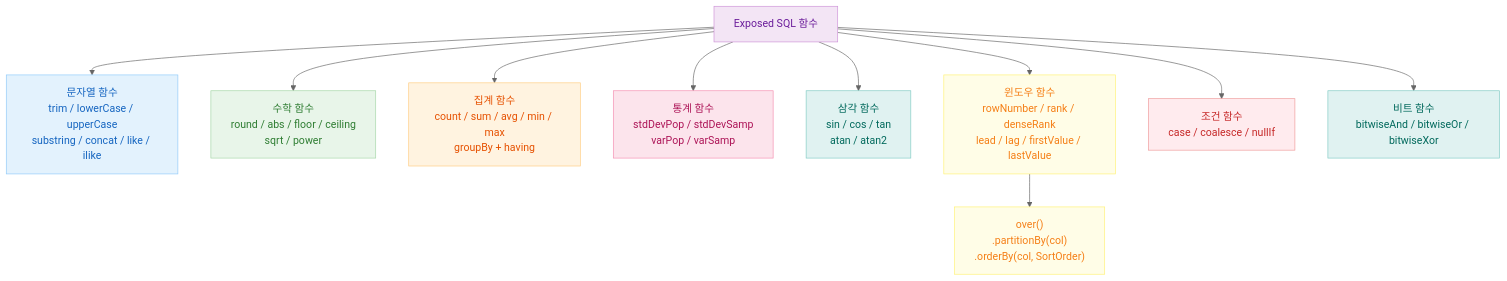
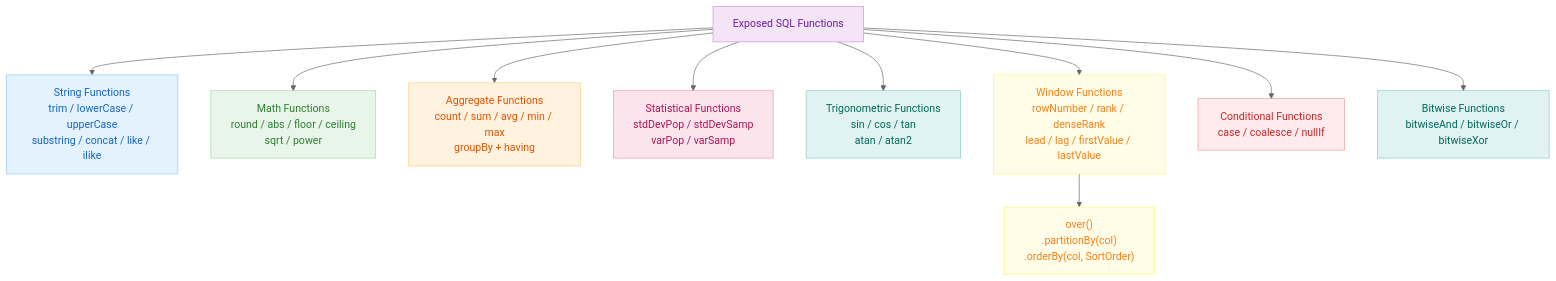
The first of 2 diagrams in 05-exposed-dml/03-functions/README.md (bluetape4k/exposed-workshop), drawn with Mermaid (neutral theme) before and after one commit. The commit also changed other lines of this file and 115 other files, not shown here.

````diff
--- a/05-exposed-dml/03-functions/README.md
+++ b/05-exposed-dml/03-functions/README.md
@@ -18,33 +20,33 @@
 ```mermaid
 flowchart TD
-    F["Exposed SQL 함수"] --> STR["문자열 함수\ntrim / lowerCase / upperCase\nsubstring / concat / like / ilike"]
-    F --> MATH["수학 함수\nround / abs / floor / ceiling\nsqrt / power"]
-    F --> AGG["집계 함수\ncount / sum / avg / min / max\ngroupBy + having"]
-    F --> STAT["통계 함수\nstdDevPop / stdDevSamp\nvarPop / varSamp"]
-    F --> TRIG["삼각 함수\nsin / cos / tan\natan / atan2"]
-    F --> WIN["윈도우 함수\nrowNumber / rank / denseRank\nlead / lag / firstValue / lastValue"]
-    F --> COND["조건 함수\ncase / coalesce / nullIf"]
-    F --> BIT["비트 함수\nbitwiseAnd / bitwiseOr / bitwiseXor"]
+    F["Exposed SQL Functions"] --> STR["String Functions\ntrim / lowerCase / upperCase\nsubstring / concat / like / ilike"]
+    F --> MATH["Math Functions\nround / abs / floor / ceiling\nsqrt / power"]
+    F --> AGG["Aggregate Functions\ncount / sum / avg / min / max\ngroupBy + having"]
+    F --> STAT["Statistical Functions\nstdDevPop / stdDevSamp\nvarPop / varSamp"]
+    F --> TRIG["Trigonometric Functions\nsin / cos / tan\natan / atan2"]
+    F --> WIN["Window Functions\nrowNumber / rank / denseRank\nlead / lag / firstValue / lastValue"]
+    F --> COND["Conditional Functions\ncase / coalesce / nullIf"]
+    F --> BIT["Bitwise Functions\nbitwiseAnd / bitwiseOr / bitwiseXor"]
 
     WIN --> OVER["over()\n.partitionBy(col)\n.orderBy(col, SortOrder)"]
 
     classDef purple fill:#F3E5F5,stroke:#CE93D8,color:#6A1B9A
     classDef blue fill:#E3F2FD,stroke:#90CAF9,color:#1565C0
     classDef green fill:#E8F5E9,stroke:#A5D6A7,color:#2E7D32
     classDef orange fill:#FFF3E0,stroke:#FFCC80,color:#E65100
     classDef pink fill:#FCE4EC,stroke:#F48FB1,color:#AD1457
     classDef teal fill:#E0F2F1,stroke:#80CBC4,color:#00695C
     classDef yellow fill:#FFFDE7,stroke:#FFF176,color:#F57F17
     classDef red fill:#FFEBEE,stroke:#EF9A9A,color:#C62828
 
     class F purple
     class STR blue
     class MATH green
     class AGG orange
     class STAT pink
     class TRIG teal
     class WIN yellow
     class COND red
     class BIT teal
     class OVER yellow
 ```
````
